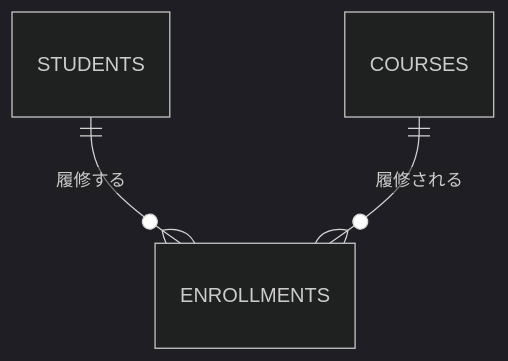
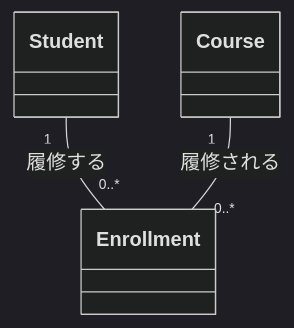
The second of 3 diagrams in データベース/03_概念設計とER図.md (YTS0418/PRMN_SYSTEM_Lecture), drawn with Mermaid (dark theme) before and after one commit. The commit also changed other lines of this file and 3 other files, not shown here.

First line of the commit message:
ER図をUMLクラス図の表記に変更し、ドメインモデルとの違いを追記

````diff
--- a/データベース/03_概念設計とER図.md
+++ b/データベース/03_概念設計とER図.md
@@ -97,5 +113,5 @@
 ```mermaid
-erDiagram
-    STUDENTS ||--o{ ENROLLMENTS : "履修する"
-    COURSES ||--o{ ENROLLMENTS : "履修される"
+classDiagram
+    Student "1" -- "0..*" Enrollment : 履修する
+    Course "1" -- "0..*" Enrollment : 履修される
 ```
````
